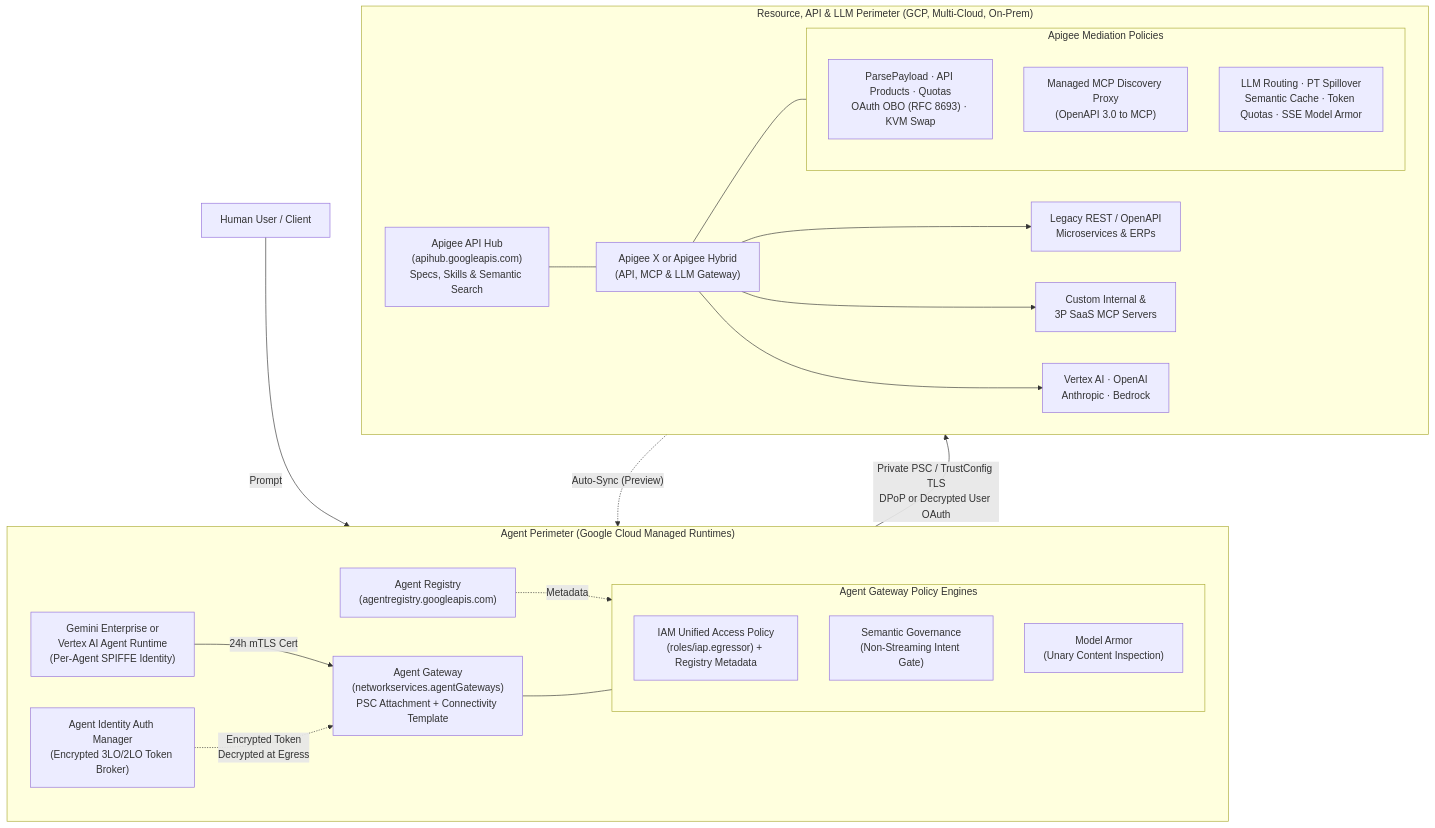
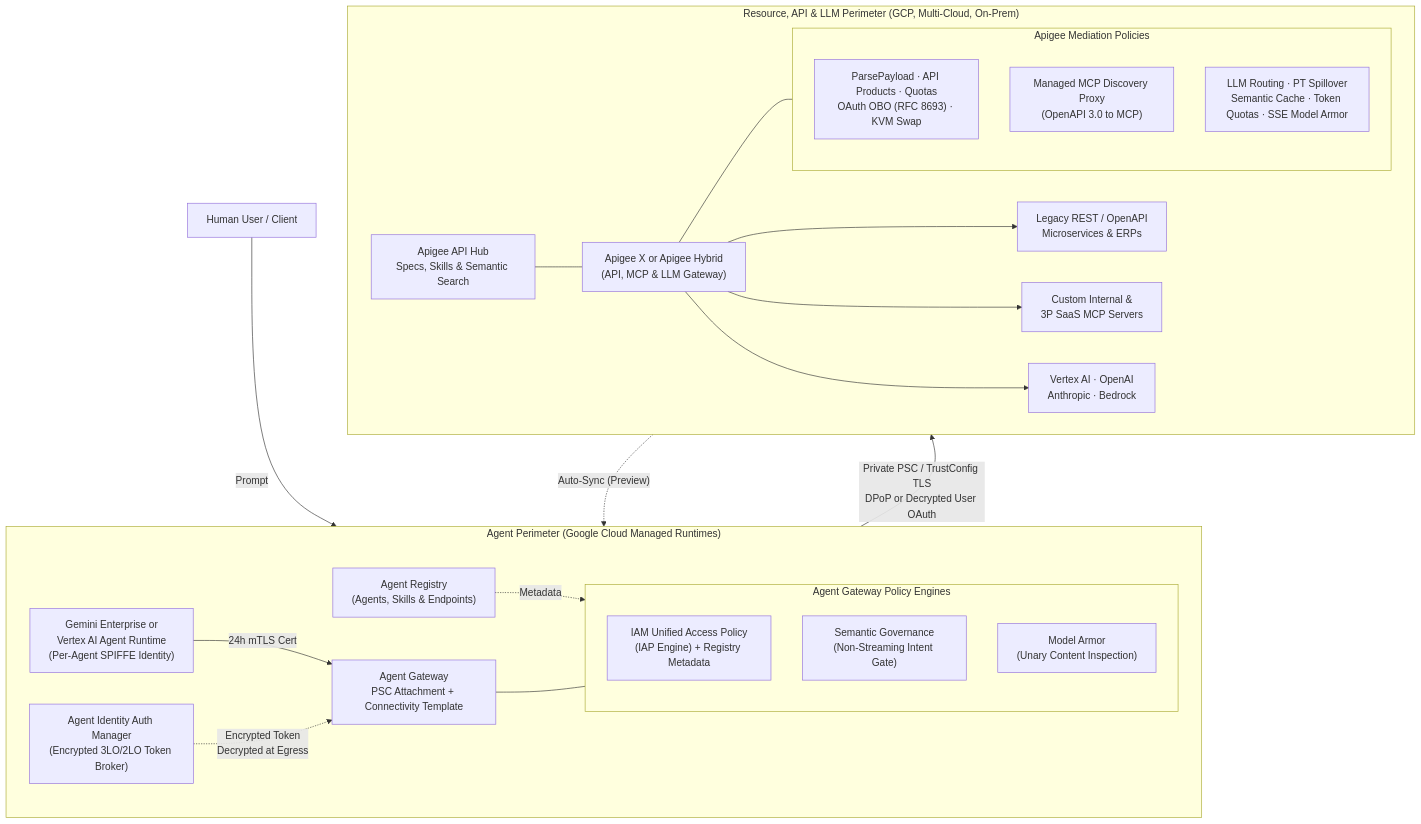
The first of 2 diagrams in ai-gateway/agent-gateway-comparison.md (krisrowe/apigee-guides), drawn with Mermaid before and after one commit. The commit also changed other lines of this file and 2 other files, not shown here.

Commit message:
docs(ai-gateway): rewrite prose with contextual links and strip identifier clutter

````diff
--- a/ai-gateway/agent-gateway-comparison.md
+++ b/ai-gateway/agent-gateway-comparison.md
@@ -82,47 +82,47 @@
 ```mermaid
 flowchart TB
     U["Human User / Client"] -->|"Prompt"| GE
 
     subgraph AgentSide["Agent Perimeter (Google Cloud Managed Runtimes)"]
         direction LR
         GE["Gemini Enterprise or<br/>Vertex AI Agent Runtime<br/>(Per-Agent SPIFFE Identity)"]
         AM["Agent Identity Auth Manager<br/>(Encrypted 3LO/2LO Token Broker)"]
-        AG["Agent Gateway<br/>(networkservices.agentGateways)<br/>PSC Attachment + Connectivity Template"]
-        AR["Agent Registry<br/>(agentregistry.googleapis.com)"]
+        AG["Agent Gateway<br/>PSC Attachment + Connectivity Template"]
+        AR["Agent Registry<br/>(Agents, Skills & Endpoints)"]
 
         subgraph AG_Policies["Agent Gateway Policy Engines"]
             direction TB
-            UAP["IAM Unified Access Policy<br/>(roles/iap.egressor) + Registry Metadata"]
+            UAP["IAM Unified Access Policy<br/>(IAP Engine) + Registry Metadata"]
             SG["Semantic Governance<br/>(Non-Streaming Intent Gate)"]
             MA1["Model Armor<br/>(Unary Content Inspection)"]
         end
 
         GE -->|"24h mTLS Cert"| AG
         AM -.->|"Encrypted Token<br/>Decrypted at Egress"| AG
         AG --- AG_Policies
         AR -.->|"Metadata"| UAP
     end
 
     subgraph ProducerSide["Resource, API & LLM Perimeter (GCP, Multi-Cloud, On-Prem)"]
         direction LR
-        APIHUB["Apigee API Hub<br/>(apihub.googleapis.com)<br/>Specs, Skills & Semantic Search"]
+        APIHUB["Apigee API Hub<br/>Specs, Skills & Semantic Search"]
         APIGEE["Apigee X or Apigee Hybrid<br/>(API, MCP & LLM Gateway)"]
 
         subgraph Apigee_Policies["Apigee Mediation Policies"]
             direction TB
             PP["ParsePayload · API Products · Quotas<br/>OAuth OBO (RFC 8693) · KVM Swap"]
             MCP_DISC["Managed MCP Discovery Proxy<br/>(OpenAPI 3.0 to MCP)"]
             LLM_POL["LLM Routing · PT Spillover<br/>Semantic Cache · Token Quotas · SSE Model Armor"]
         end
 
         APIHUB -.->|"Auto-Sync (Preview)"| AR
         APIHUB --- APIGEE
         APIGEE --- Apigee_Policies
 
         APIGEE --> REST["Legacy REST / OpenAPI<br/>Microservices & ERPs"]
         APIGEE --> NATIVE_MCP["Custom Internal &<br/>3P SaaS MCP Servers"]
         APIGEE --> LLM["Vertex AI · OpenAI<br/>Anthropic · Bedrock"]
     end
 
     AG -->|"Private PSC / TrustConfig TLS<br/>DPoP or Decrypted User OAuth"| APIGEE
 ```
````
